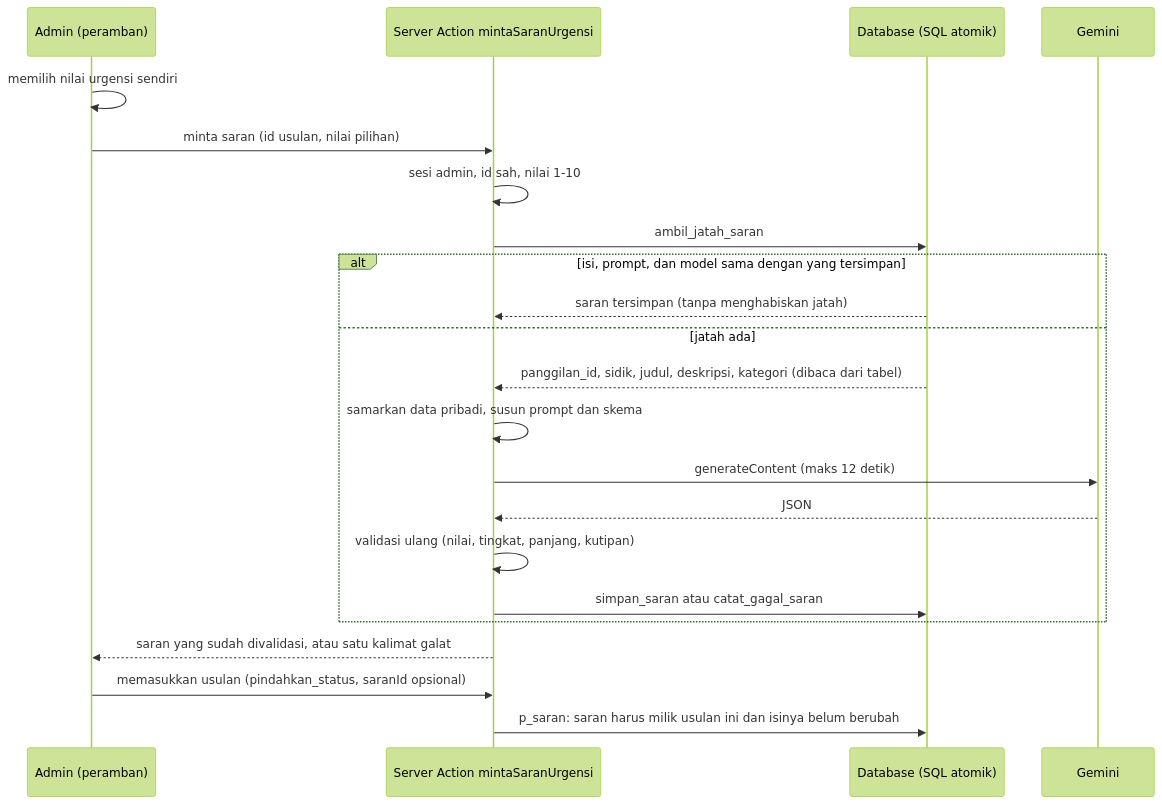
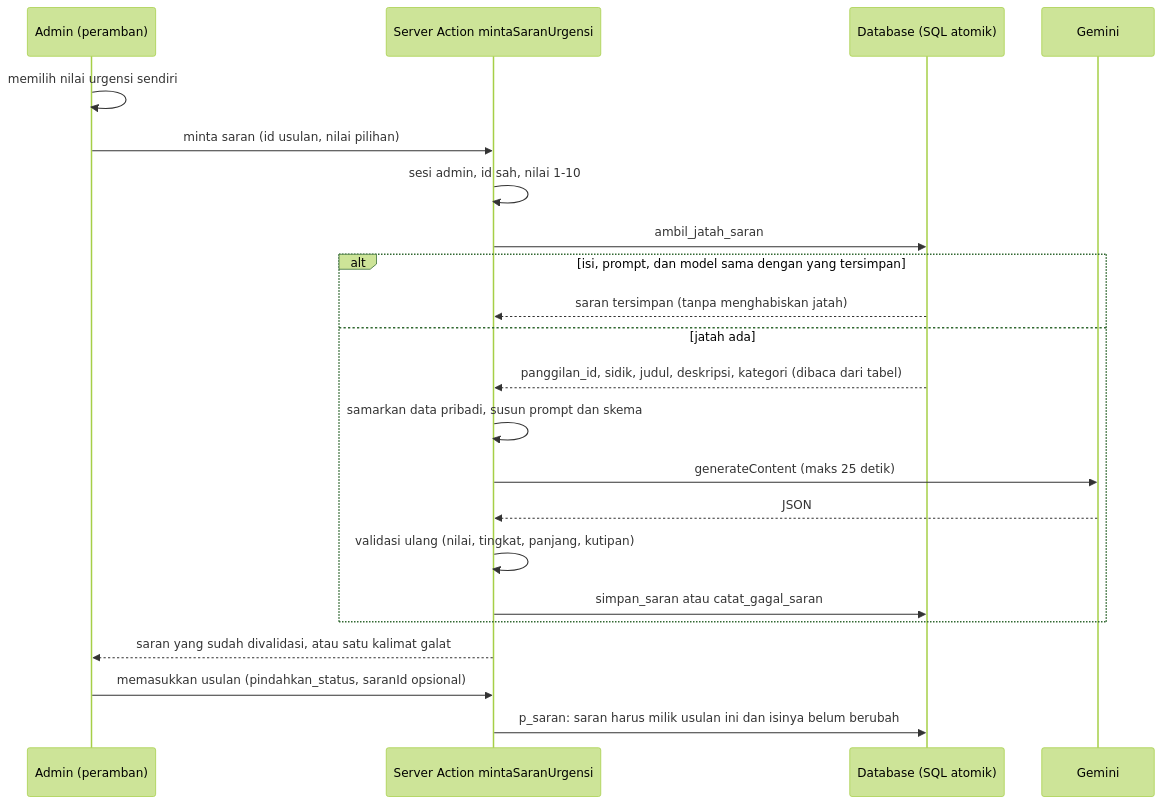
The diagram in docs/saran-urgensi.md (Greshen-Chin/suara), drawn with Mermaid (forest theme) before and after one commit. The commit also changed other lines of this file and 25 other files, not shown here.

````diff
--- a/docs/saran-urgensi.md
+++ b/docs/saran-urgensi.md
@@ -23,25 +23,25 @@
 ```mermaid
 sequenceDiagram
   participant A as Admin (peramban)
   participant S as Server Action mintaSaranUrgensi
   participant D as Database (SQL atomik)
   participant G as Gemini
 
   A->>A: memilih nilai urgensi sendiri
   A->>S: minta saran (id usulan, nilai pilihan)
   S->>S: sesi admin, id sah, nilai 1-10
   S->>D: ambil_jatah_saran
   alt isi, prompt, dan model sama dengan yang tersimpan
     D-->>S: saran tersimpan (tanpa menghabiskan jatah)
   else jatah ada
     D-->>S: panggilan_id, sidik, judul, deskripsi, kategori (dibaca dari tabel)
     S->>S: samarkan data pribadi, susun prompt dan skema
-    S->>G: generateContent (maks 12 detik)
+    S->>G: generateContent (maks 25 detik)
     G-->>S: JSON
     S->>S: validasi ulang (nilai, tingkat, panjang, kutipan)
     S->>D: simpan_saran atau catat_gagal_saran
   end
   S-->>A: saran yang sudah divalidasi, atau satu kalimat galat
   A->>S: memasukkan usulan (pindahkan_status, saranId opsional)
   S->>D: p_saran: saran harus milik usulan ini dan isinya belum berubah
 ```
````
